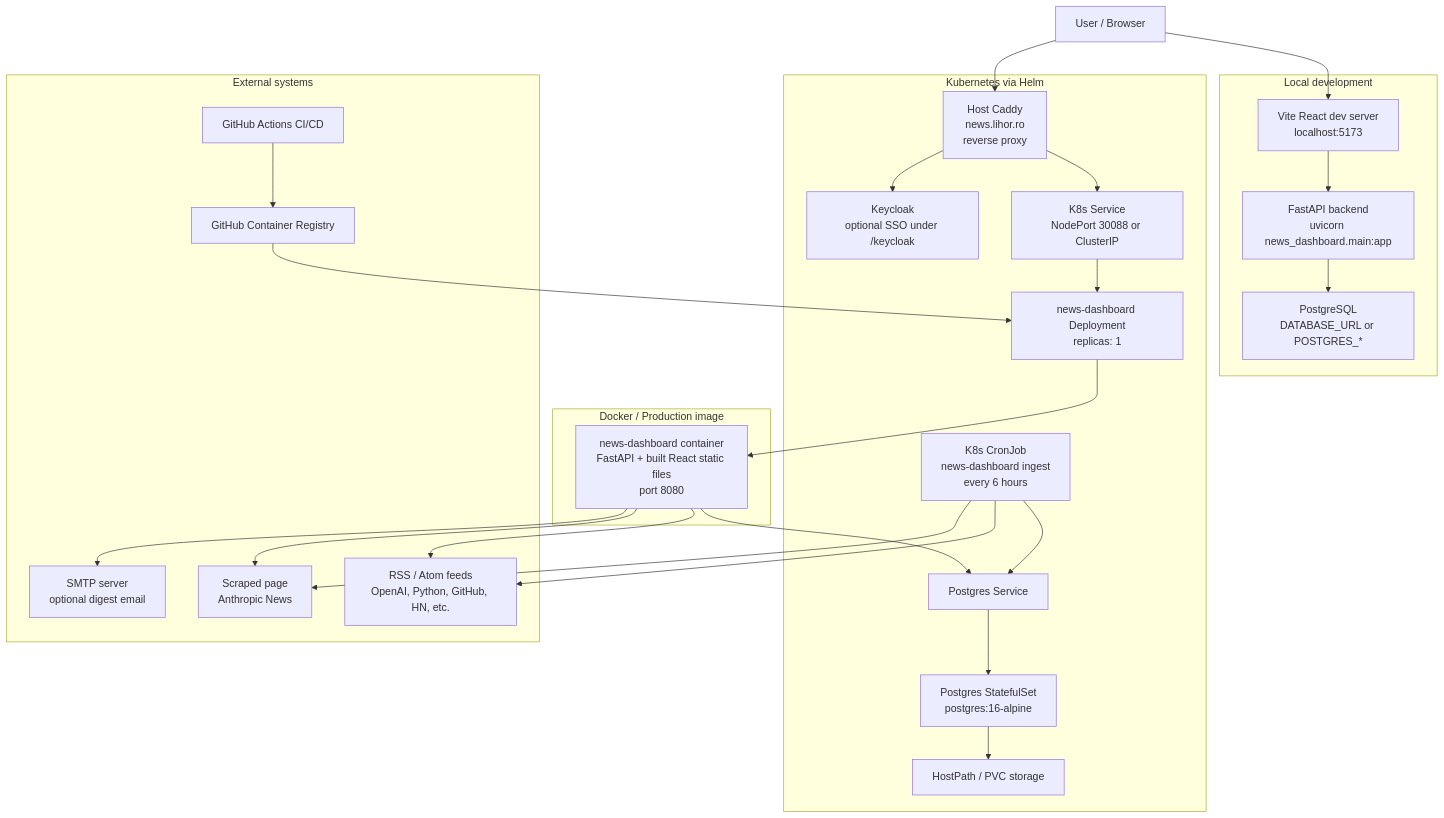
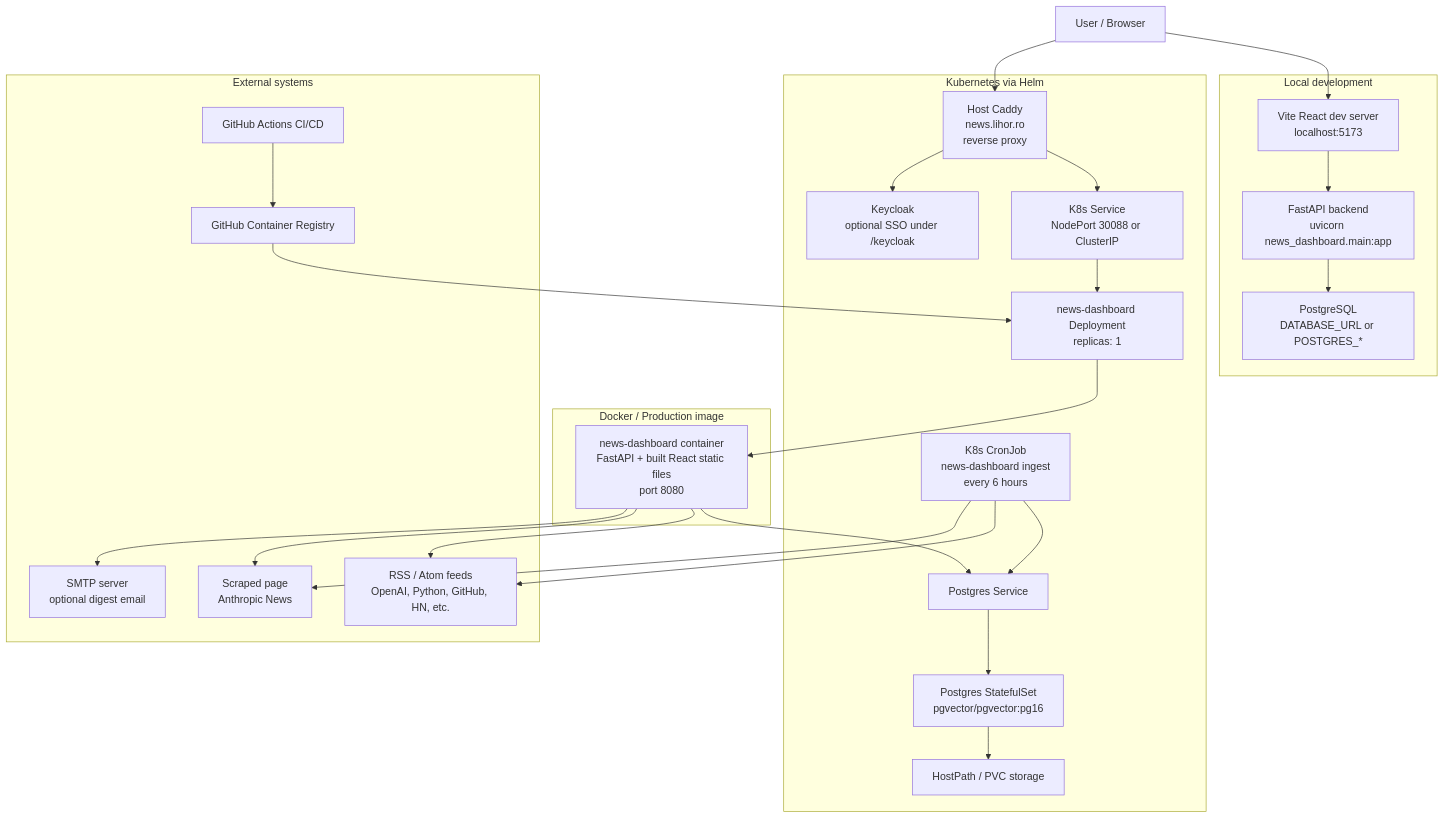
The first of 5 diagrams in website/docs/architecture/index.md (lihor-hub/news-dashboard), drawn with Mermaid before and after one commit. The commit also changed other lines of this file and 30 other files, not shown here.

````diff
--- a/website/docs/architecture/index.md
+++ b/website/docs/architecture/index.md
@@ -23,53 +24,53 @@
 ```mermaid
 flowchart TB
   User["User / Browser"]
 
   subgraph LocalDev["Local development"]
     Vite["Vite React dev server<br/>localhost:5173"]
     FastAPIDev["FastAPI backend<br/>uvicorn news_dashboard.main:app"]
     PostgresDev["PostgreSQL<br/>DATABASE_URL or POSTGRES_*"]
   end
 
   subgraph Container["Docker / Production image"]
     App["news-dashboard container<br/>FastAPI + built React static files<br/>port 8080"]
   end
 
   subgraph Kubernetes["Kubernetes via Helm"]
     Caddy["Host Caddy<br/>news.lihor.ro<br/>reverse proxy"]
     Keycloak["Keycloak<br/>optional SSO under /keycloak"]
     Service["K8s Service<br/>NodePort 30088 or ClusterIP"]
     Deployment["news-dashboard Deployment<br/>replicas: 1"]
     CronJob["K8s CronJob<br/>news-dashboard ingest<br/>every 6 hours"]
     PostgresSvc["Postgres Service"]
-    Postgres["Postgres StatefulSet<br/>postgres:16-alpine"]
+    Postgres["Postgres StatefulSet<br/>pgvector/pgvector:pg16"]
     PVC["HostPath / PVC storage"]
   end
 
   subgraph External["External systems"]
     Feeds["RSS / Atom feeds<br/>OpenAI, Python, GitHub, HN, etc."]
     Scraped["Scraped page<br/>Anthropic News"]
     SMTP["SMTP server<br/>optional digest email"]
     GHCR["GitHub Container Registry"]
     Actions["GitHub Actions CI/CD"]
   end
 
   User --> Vite
   Vite --> FastAPIDev
   FastAPIDev --> PostgresDev
 
   User --> Caddy
   Caddy --> Service --> Deployment
   Caddy --> Keycloak
   Deployment --> App
   App --> PostgresSvc --> Postgres --> PVC
   CronJob --> PostgresSvc
   CronJob --> Feeds
   CronJob --> Scraped
 
   App --> Feeds
   App --> Scraped
   App --> SMTP
 
   Actions --> GHCR
   GHCR --> Deployment
 ```
````
